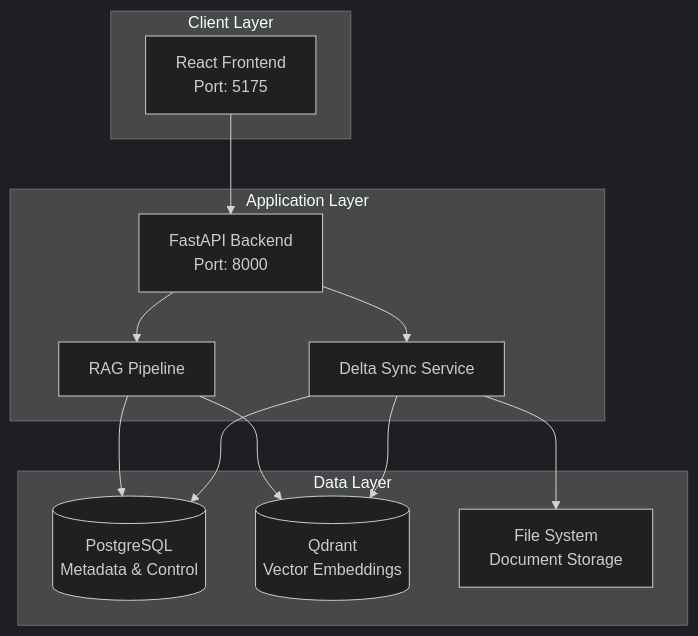
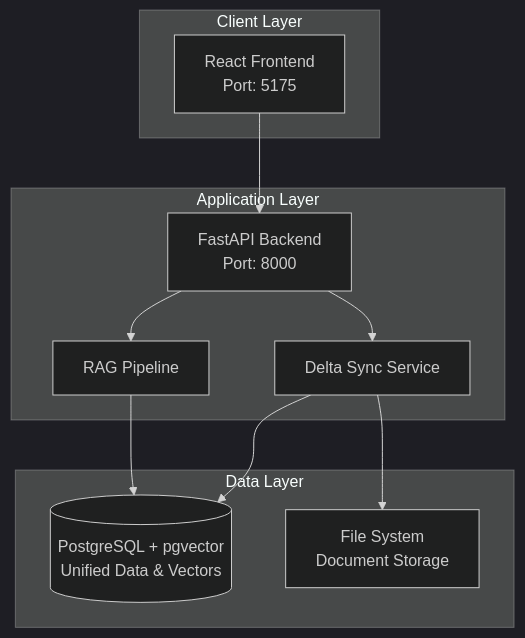
Before and after one commit to AITrekker/RAG: the first of 5 diagrams in docs/Architecture.md, drawn with Mermaid (dark theme). The commit also changed other lines of this file and 41 other files, not shown here.

Commit message:
qdrant -> pgvector

````diff
--- a/docs/Architecture.md
+++ b/docs/Architecture.md
@@ -13,27 +13,24 @@
 ```mermaid
 graph TB
     subgraph "Client Layer"
         UI[React Frontend<br/>Port: 5175]
     end
     
     subgraph "Application Layer"
         API[FastAPI Backend<br/>Port: 8000]
         RAG[RAG Pipeline]
         SYNC[Delta Sync Service]
     end
     
     subgraph "Data Layer"
-        PG[(PostgreSQL<br/>Metadata & Control)]
-        QD[(Qdrant<br/>Vector Embeddings)]
+        PG[(PostgreSQL + pgvector<br/>Unified Data & Vectors)]
         FS[File System<br/>Document Storage]
     end
     
     UI --> API
     API --> RAG
     API --> SYNC
     RAG --> PG
-    RAG --> QD
     SYNC --> PG
-    SYNC --> QD
     SYNC --> FS
 ```
````
